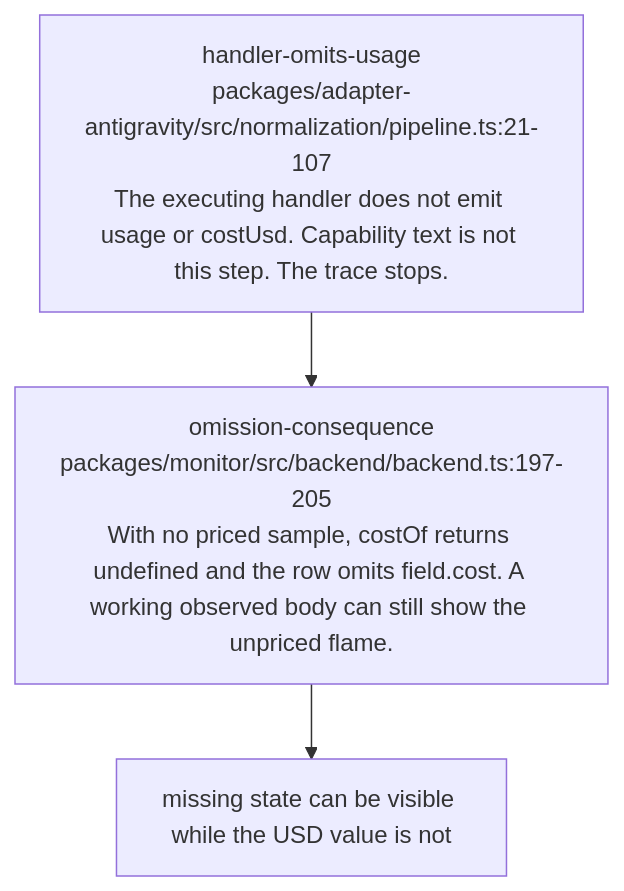
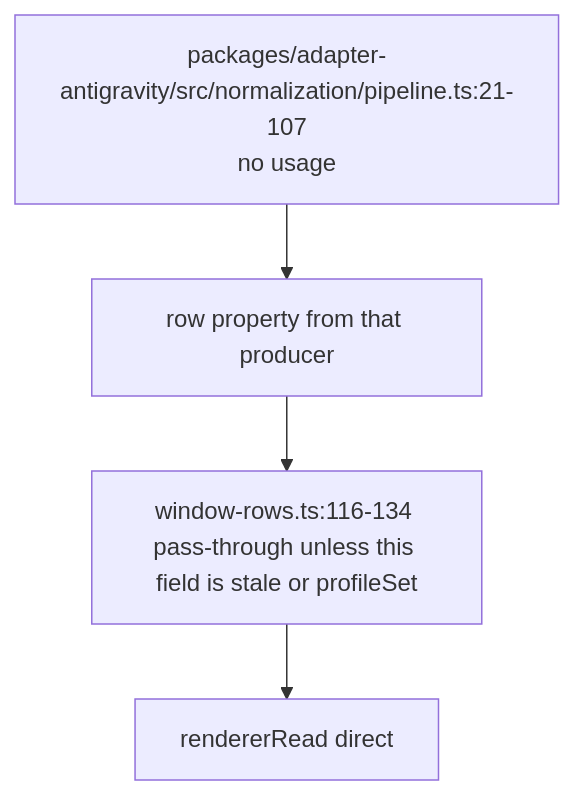
The diagram in audit/godview/evidence/antigravity/cost.series.steps.mmd (vibefield/puppeteer), drawn with Mermaid before and after one commit. The commit also changed 630 other files, not shown here.

First line of the commit message:
Record source scope and field-domain reachability for first-half rows.

```diff
--- a/audit/godview/evidence/antigravity/cost.series.steps.mmd
+++ b/audit/godview/evidence/antigravity/cost.series.steps.mmd
@@ -1,8 +1,9 @@
 %% field: field.cost.series.steps
-%% adapter: antigravity
-%% forensic: source-read 748d015a7e393112e0a91dad80111fdf5abe6583; not a live sample
+%% sourceScope: absent
+%% staticPresence: omitted
+%% liveObserved: false
 flowchart TD
-  n0["handler-omits-usage\npackages/adapter-antigravity/src/normalization/pipeline.ts:21-107\nThe executing handler does not emit usage or costUsd. Capability text is not this step. The trace stops."]
-  n1["omission-consequence\npackages/monitor/src/backend/backend.ts:197-205\nWith no priced sample, costOf returns undefined and the row omits field.cost. A working observed body can still show the unpriced flame."]
-  n0 --> n1
-  n1 --> visible["missing state can be visible while the USD value is not"]
+  producer["packages/adapter-antigravity/src/normalization/pipeline.ts:21-107\nno usage"]
+  producer --> row["row property from that producer"]
+  row --> window["window-rows.ts:116-134 pass-through unless this field is stale or profileSet"]
+  window --> reader["rendererRead direct"]
```
